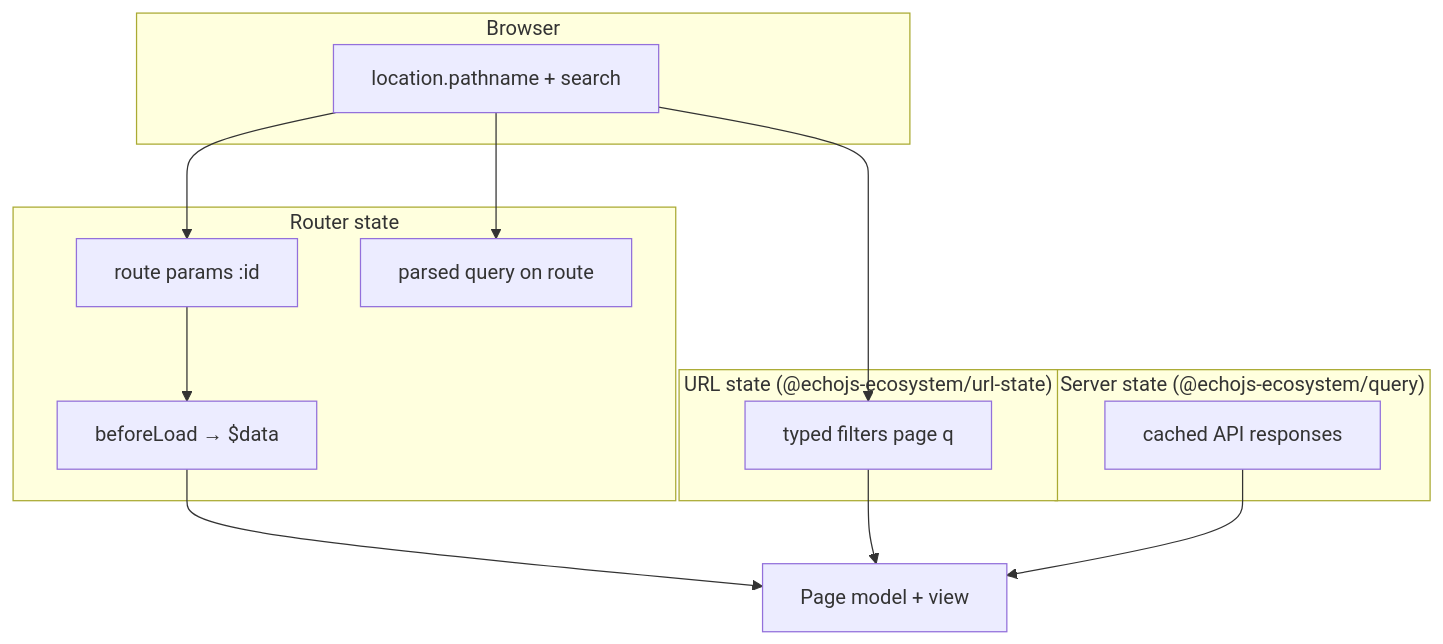
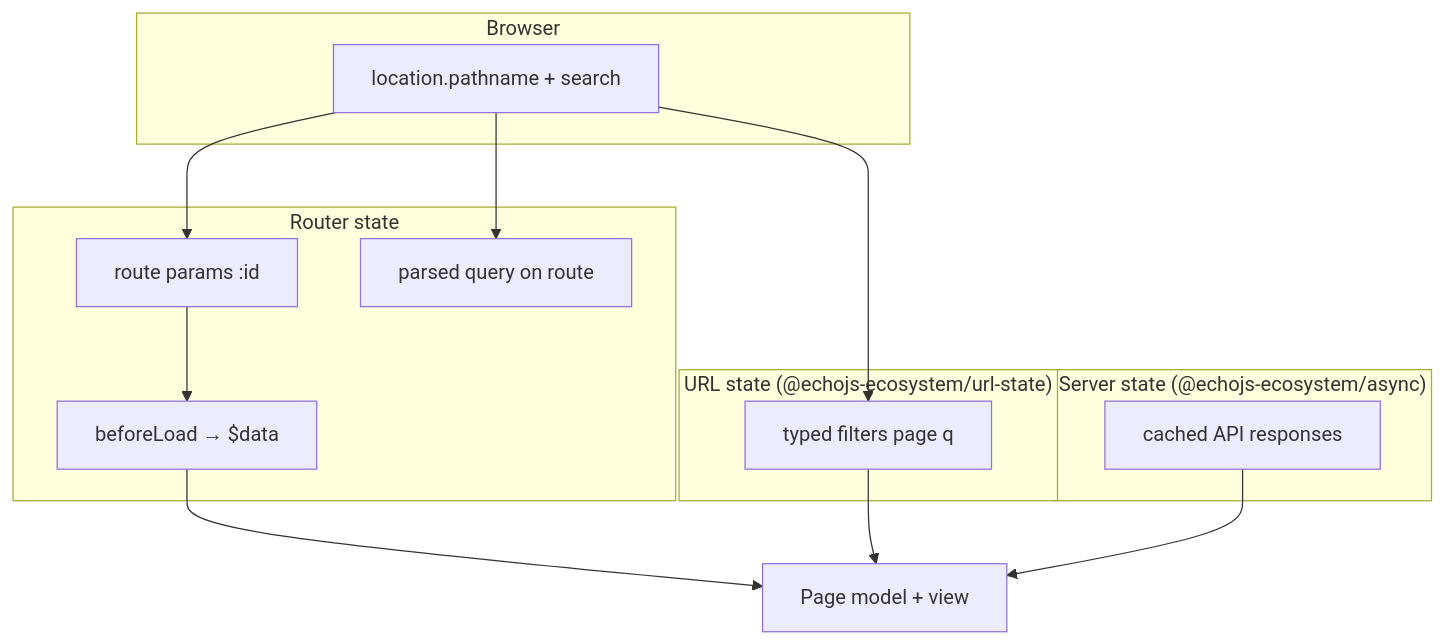
Before and after one commit to echojs-ecosystem/echojs-core: the diagram in apps/docs/src/content/state/overview.md, drawn with Mermaid. The commit also changed other lines of this file and 364 other files, not shown here.

````diff
--- a/apps/docs/src/content/state/overview.md
+++ b/apps/docs/src/content/state/overview.md
@@ -31,24 +31,24 @@
 ```mermaid
 flowchart TB
   subgraph browser["Browser"]
     URL["location.pathname + search"]
   end
   subgraph router["Router state"]
     Params["route params :id"]
     RawQuery["parsed query on route"]
     Loader["beforeLoad → $data"]
   end
   subgraph urlState["URL state (@echojs-ecosystem/url-state)"]
     TypedQ["typed filters page q"]
   end
-  subgraph server["Server state (@echojs-ecosystem/query)"]
+  subgraph server["Server state (@echojs-ecosystem/async)"]
     Cache["cached API responses"]
   end
   URL --> Params
   URL --> RawQuery
   URL --> TypedQ
   Params --> Loader
   Loader --> Page["Page model + view"]
   TypedQ --> Page
   Cache --> Page
 ```
````
